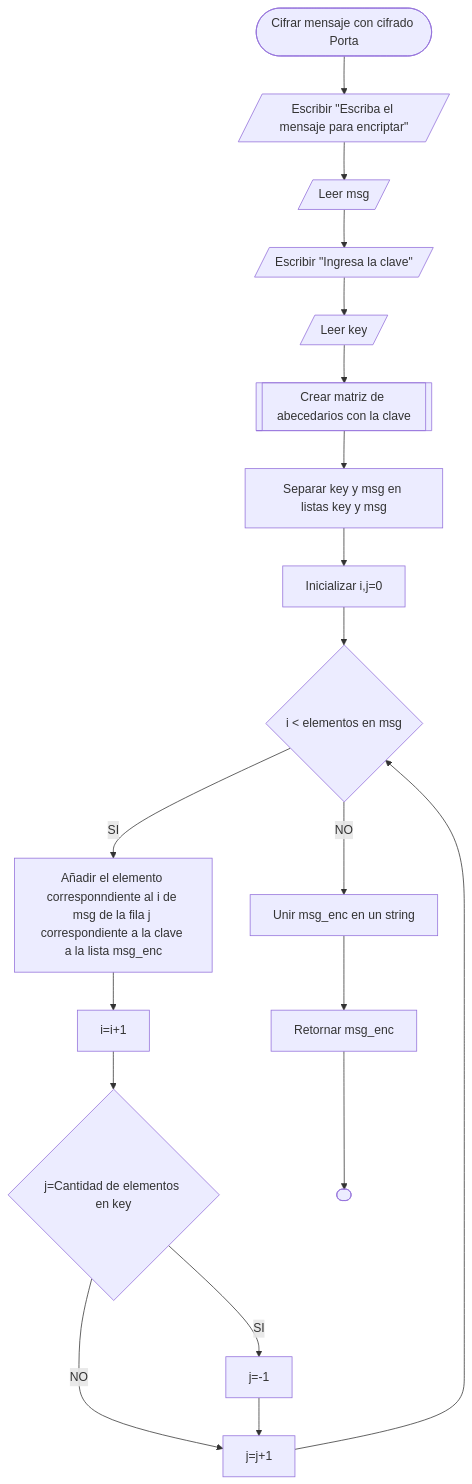
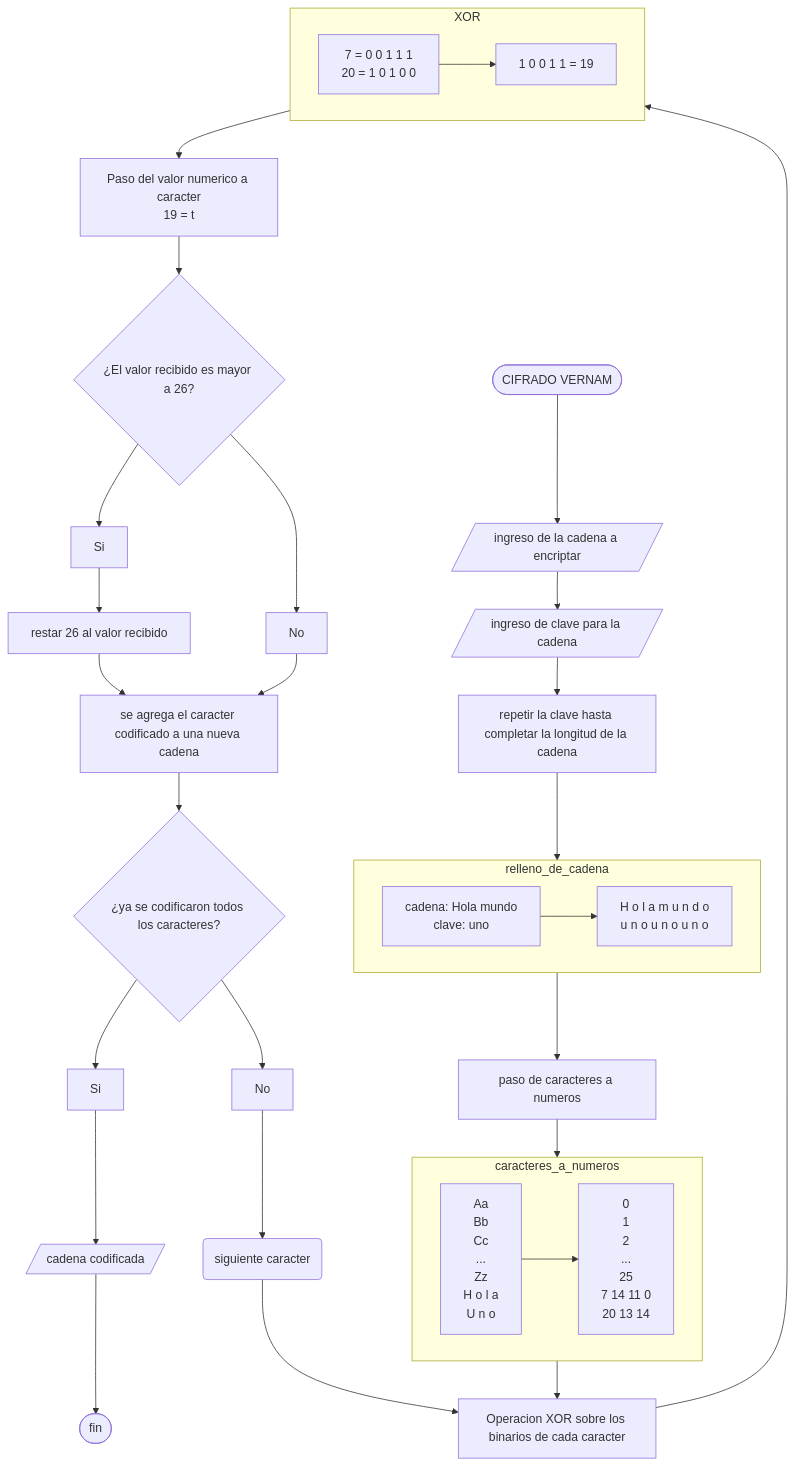
Diagram 14 of 14 in README.md (abellol/Proyecto_PDC), drawn with Mermaid before and after one commit. The commit also changed other lines of this file, not shown here.

````diff
--- a/README.md
+++ b/README.md
@@ -565,24 +562,76 @@
 ```mermaid
-      flowchart TD
-        A([Cifrar mensaje con cifrado Porta]) --> B
-        B[/Escribir "Escriba el mensaje para encriptar"/]-->C
-        C[/Leer msg/]-->D
-        D[/Escribir "Ingresa la clave"/]-->E
-        E[/Leer key/]-->FA
-        FA[[Crear matriz de abecedarios con la clave]]-->F
-        F[Separar key y msg en listas key y msg]-->G
-        G[Inicializar i,j=0]-->H
-        H{i < elementos en msg}
-        H-- SI-->I
-        H-- NO-->N
-        I[Añadir el elemento corresponndiente al i de msg de la fila j correspondiente a la clave a la lista msg_enc]-->J
-        J[i=i+1]-->K
-        K{j=Cantidad de elementos en key}
-        K-- SI-->L
-        K-- NO -->M
-        L[j=-1]-->M
-        M[j=j+1]-->H
-        N[Unir msg_enc en un string]-->O
-        O[Retornar msg_enc]-->P
-        P([ ])
+flowchart TD
+    A([CIFRADO VERNAM])
+    subgraph caracteres_a_numeros
+    direction LR
+    E["`Aa
+    Bb
+    Cc
+    ...
+    Zz
+    H o l a
+    U n o `"]
+    F["`0
+    1
+    2
+    ...
+    25
+    7 14 11 0
+    20 13 14`"]
+    E --> F
+    end
+    subgraph relleno_de_cadena
+    H["` cadena: Hola mundo
+    clave: uno`"]
+    I["`H o l a   m u n d o
+    u n o u   n o u n o`"]
+    H --> I
+    end
+    B[/ingreso de la cadena a encriptar/]
+    C[/ingreso de clave para la cadena/]
+    D[repetir la clave hasta completar la longitud de la cadena]
+    G[paso de caracteres a numeros]
+    J[Operacion XOR sobre los binarios de cada caracter]
+    subgraph XOR
+    K["` 7 = 0 0 1 1 1
+    20 = 1 0 1 0 0`"]
+    L[1 0 0 1 1 = 19]
+    K --> L
+    end
+    M["`Paso del valor numerico a caracter
+    19 = t`"]
+    U{¿El valor recibido es mayor a 26?}
+    V[Si]
+    W[No]
+    X[restar 26 al valor recibido]
+    N[se agrega el caracter codificado a una nueva cadena]
+    O{¿ya se codificaron todos los caracteres?}
+    P[Si]
+    Q[No]
+    R[/cadena codificada/]
+    S(siguiente caracter)
+    T([fin])
+
+    A --> B
+    B --> C
+    C --> D
+    D --> relleno_de_cadena
+    relleno_de_cadena --> G
+    G --> caracteres_a_numeros
+    caracteres_a_numeros --> J
+    J --> XOR
+    XOR --> M
+    M --> U
+    U --> V
+    U --> W
+    V --> X
+    X --> N
+    W --> N
+    N --> O
+    O --> P
+    O --> Q
+    Q --> S
+    S --> J
+    P --> R
+    R --> T
 ```
````
